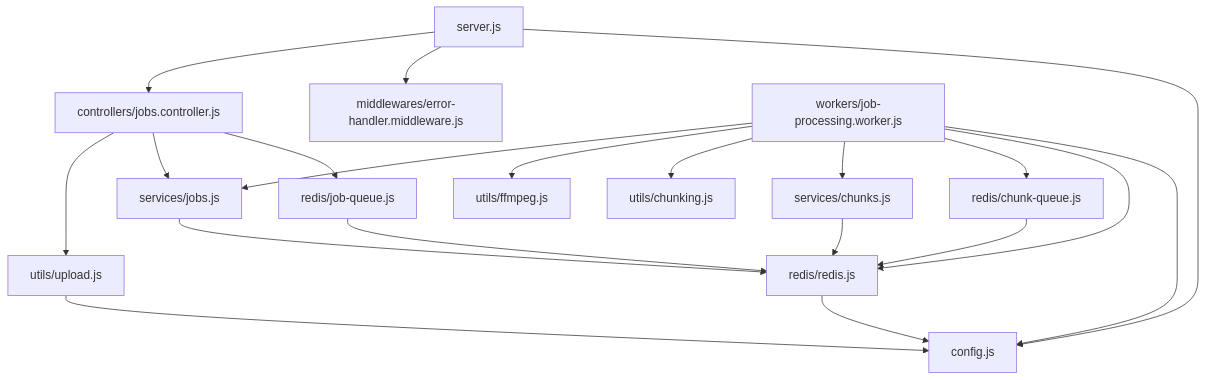
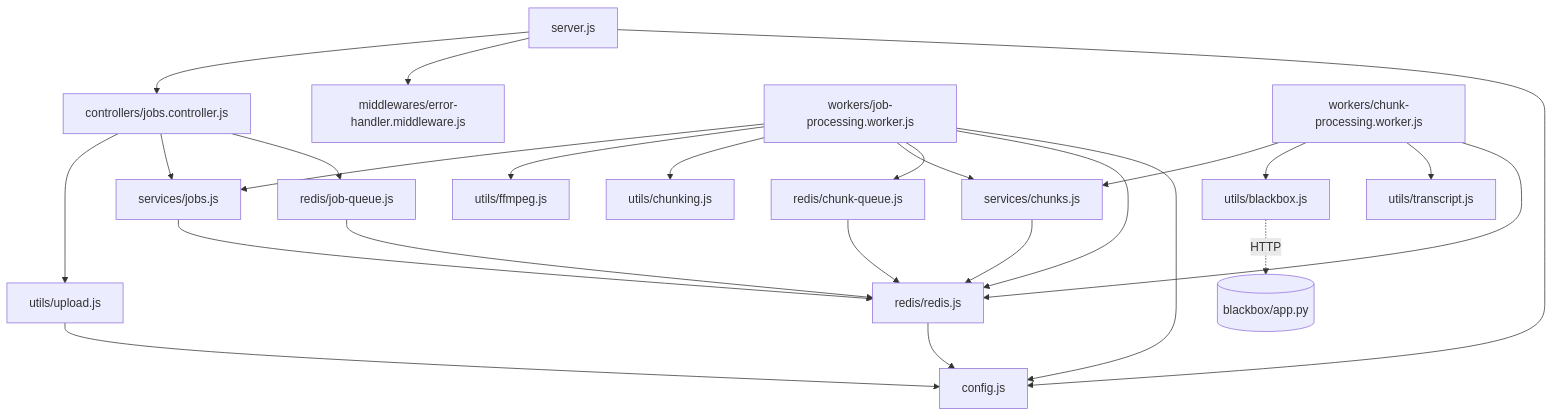
One commit to yahyalfc/audio-transcriptor changed the eighth of 9 diagrams in README.md. Above: the diagram before and after it, drawn with Mermaid. The commit also changed other lines of this file and 12 other files, not shown here.

````diff
--- a/README.md
+++ b/README.md
@@ -293,22 +383,27 @@
 ```mermaid
 flowchart TD
     server[server.js] --> controller[controllers/jobs.controller.js]
     server --> errorHandler[middlewares/error-handler.middleware.js]
     server --> config[config.js]
     controller --> upload[utils/upload.js]
     controller --> service[services/jobs.js]
     controller --> queue[redis/job-queue.js]
     service --> redis[redis/redis.js]
     queue --> redis
     upload --> config
     redis --> config
     worker[workers/job-processing.worker.js] --> service
     worker --> ffmpeg[utils/ffmpeg.js]
     worker --> chunking[utils/chunking.js]
     worker --> chunkService[services/chunks.js]
     worker --> chunkQueue[redis/chunk-queue.js]
     chunkService --> redis
     chunkQueue --> redis
     worker --> redis
     worker --> config
+    worker2[workers/chunk-processing.worker.js] --> chunkService
+    worker2 --> blackbox[utils/blackbox.js]
+    worker2 --> transcript[utils/transcript.js]
+    worker2 --> redis
+    blackbox -. "HTTP" .-> bb[(blackbox/app.py)]
 ```
````
